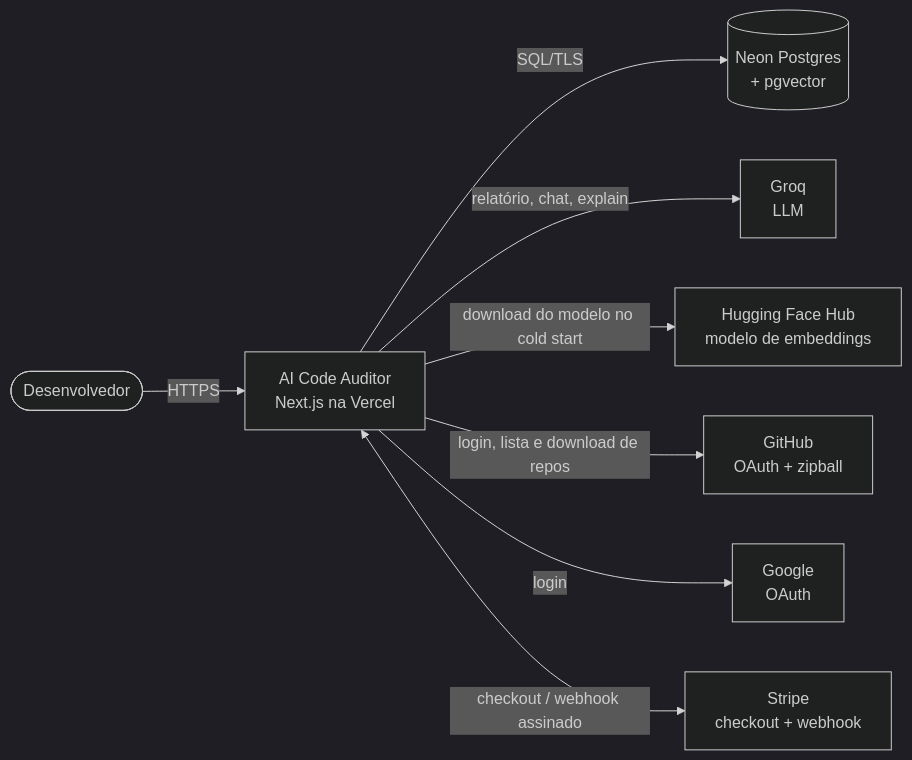
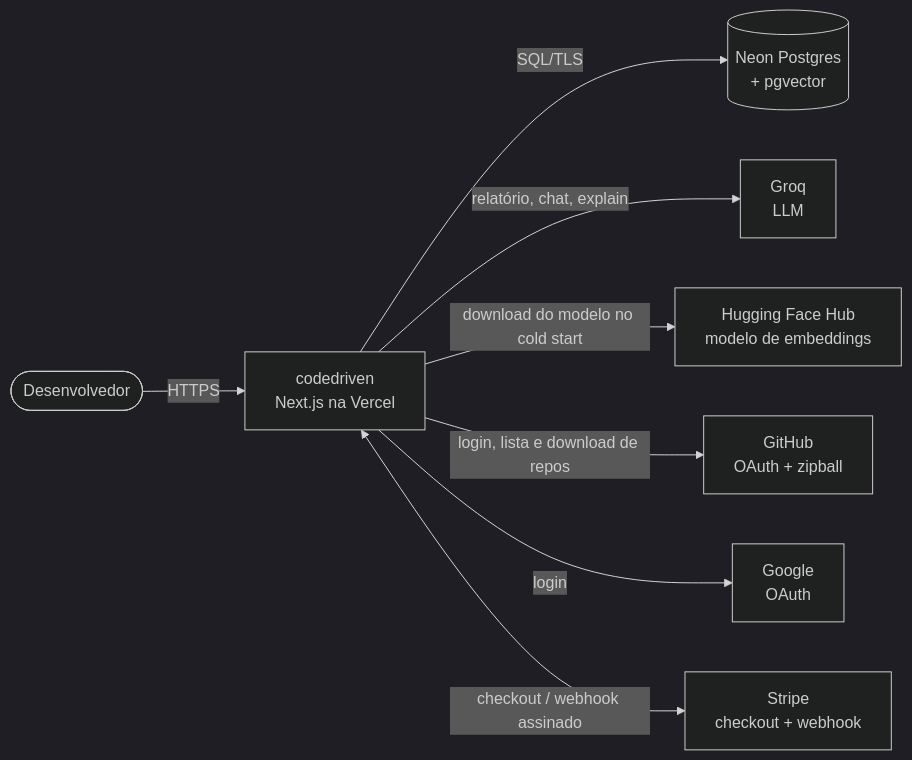
The first of 2 diagrams in docs/architecture.md (renatomf/nextjs-code-analyzer), drawn with Mermaid (dark theme) before and after one commit. The commit also changed 11 other files, not shown here.

````diff
--- a/docs/architecture.md
+++ b/docs/architecture.md
@@ -10,19 +10,19 @@
 ```mermaid
 flowchart LR
   user([Desenvolvedor])
-  app[AI Code Auditor<br/>Next.js na Vercel]
+  app[codedriven<br/>Next.js na Vercel]
   neon[(Neon Postgres<br/>+ pgvector)]
   groq[Groq<br/>LLM]
   hf[Hugging Face Hub<br/>modelo de embeddings]
   gh[GitHub<br/>OAuth + zipball]
   google[Google<br/>OAuth]
   stripe[Stripe<br/>checkout + webhook]
 
   user -->|HTTPS| app
   app -->|SQL/TLS| neon
   app -->|relatório, chat, explain| groq
   app -->|download do modelo no cold start| hf
   app -->|login, lista e download de repos| gh
   app -->|login| google
   app <-->|checkout / webhook assinado| stripe
 ```
````
